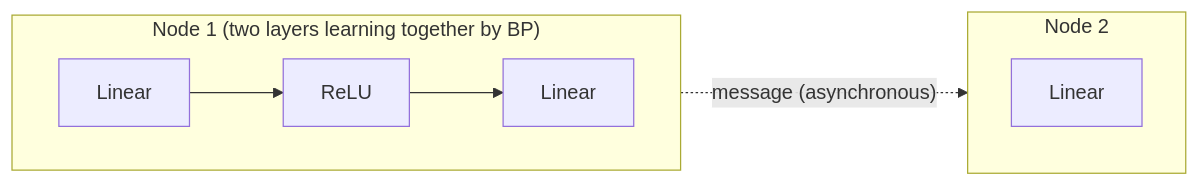
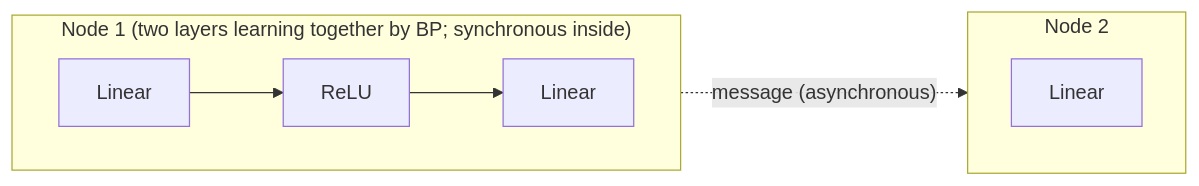
The third of 5 diagrams in docs/en/concepts.md (Geson-anko/mujou), drawn with Mermaid before and after one commit. The commit also changed other lines of this file and 49 other files, not shown here.

````diff
--- a/docs/en/concepts.md
+++ b/docs/en/concepts.md
@@ -115,11 +71,11 @@
 ```mermaid
 flowchart LR
-    subgraph N1["Node 1 (two layers learning together by BP)"]
+    subgraph N1["Node 1 (two layers learning together by BP; synchronous inside)"]
         direction LR
         L1["Linear"] --> R["ReLU"] --> L2["Linear"]
     end
     subgraph N2["Node 2"]
         L3["Linear"]
     end
     N1 -. "message (asynchronous)" .-> N2
 ```
````
